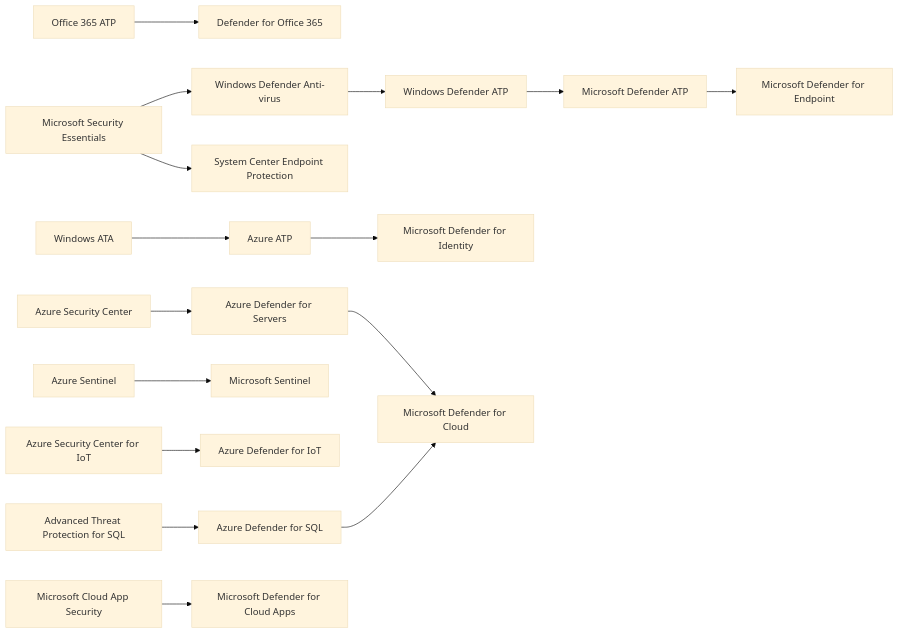
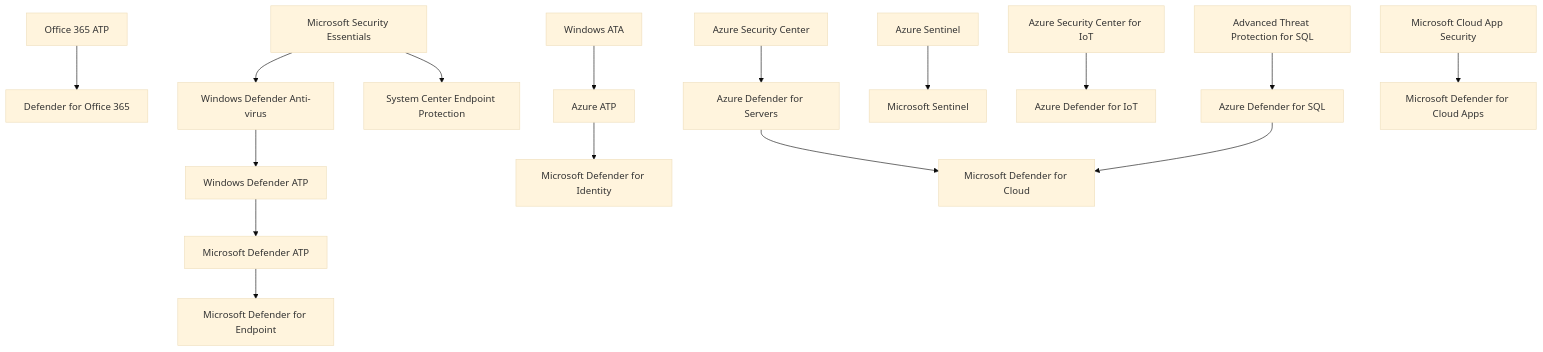
The first of 2 diagrams in README.md (jlaundry/MicrosoftNaming), drawn with Mermaid (base theme) before and after one commit.

````diff
--- a/README.md
+++ b/README.md
@@ -6,17 +6,17 @@
 ```mermaid
-graph LR;
+graph TD;
 
     O365ATP[Office 365 ATP] --> DfO365[Defender for Office 365];
     MSE[Microsoft Security Essentials] --> WDAV[Windows Defender Anti-virus] --> WDATP[Windows Defender ATP] --> MDATP[Microsoft Defender ATP] --> MDfE[Microsoft Defender for Endpoint];
     MSE --> SCEP[System Center Endpoint Protection];
     WATA[Windows ATA] --> AATP[Azure ATP] --> MDfI[Microsoft Defender for Identity];
     ASC[Azure Security Center] --> ADfS[Azure Defender for Servers] --> MDfC[Microsoft Defender for Cloud];
     ASentinel[Azure Sentinel] --> Sentinel[Microsoft Sentinel];
     
     ASCfIoT[Azure Security Center for IoT] --> ADfIoT[Azure Defender for IoT];
     
     ATPfSQL[Advanced Threat Protection for SQL] --> ADfSQL[Azure Defender for SQL] --> MDfC;
     
     MCAS[Microsoft Cloud App Security] --> MDfCA[Microsoft Defender for Cloud Apps];
 
 ```
````
